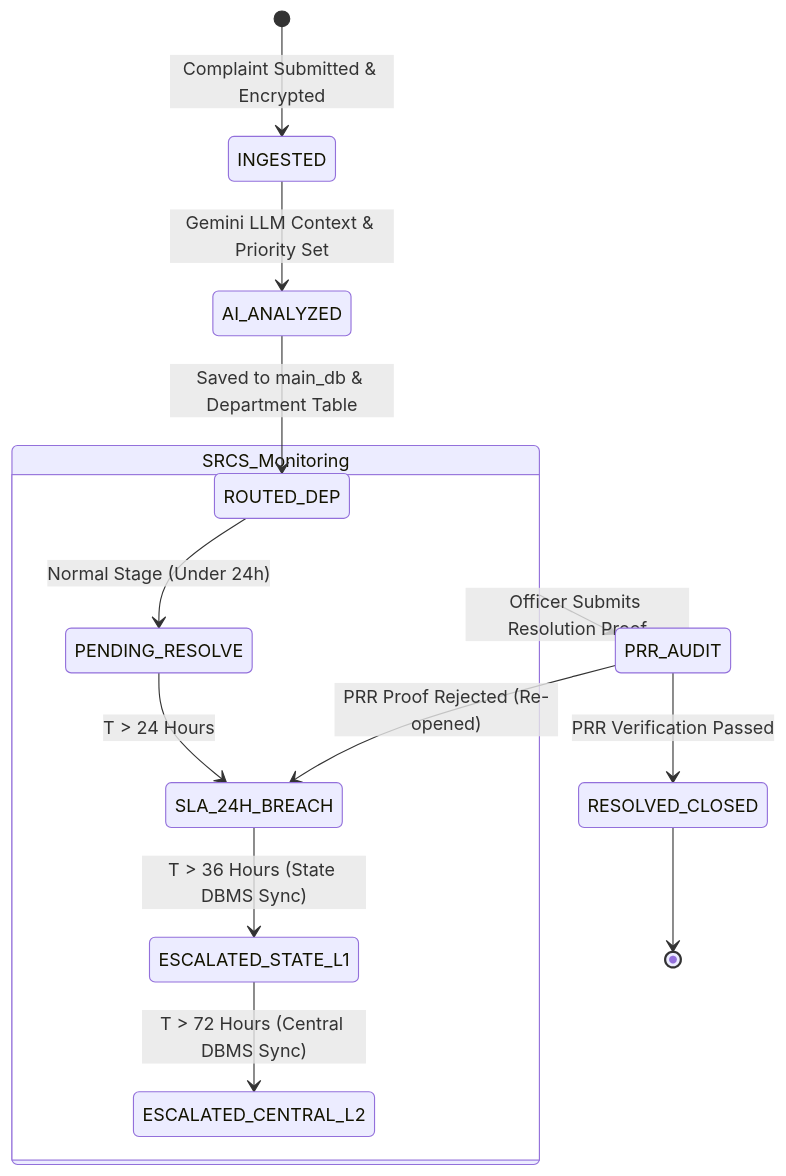
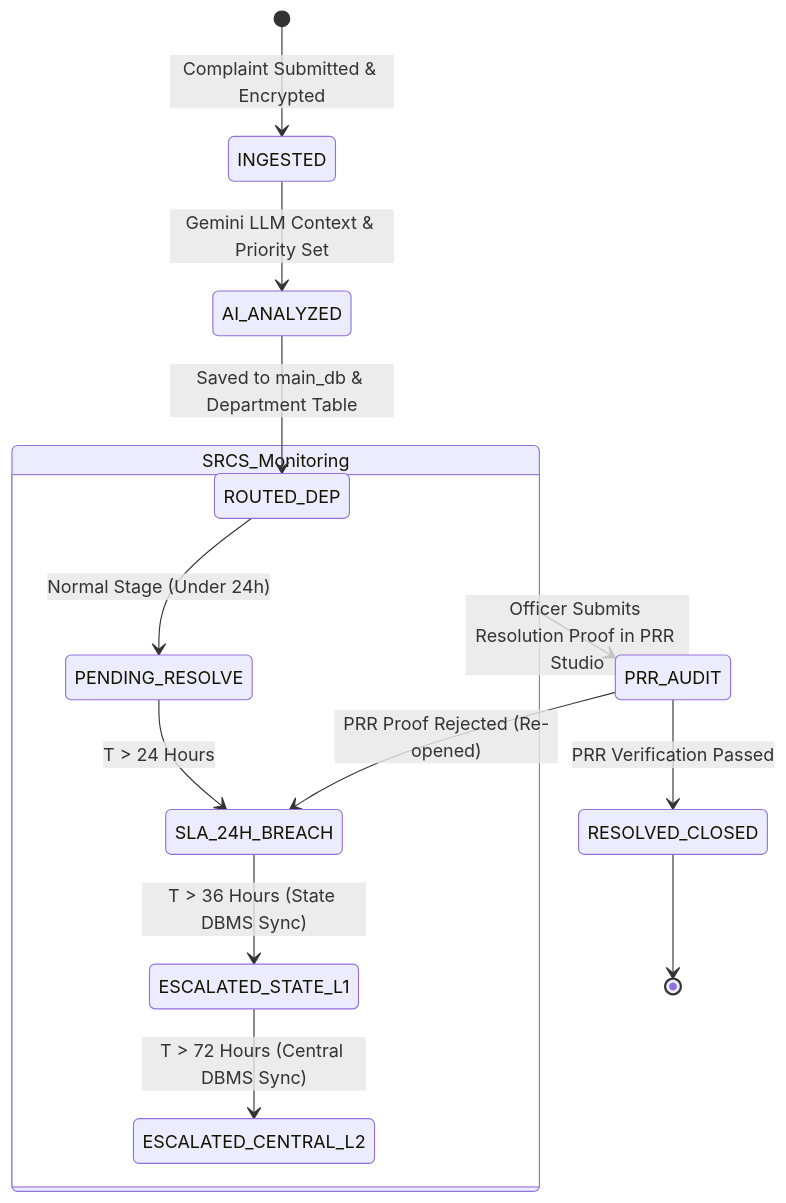
The second of 2 diagrams in docs/Memory.md (CSMU-CodeSync/SIH_02-), drawn with Mermaid before and after one commit. The commit also changed other lines of this file and 10 other files, not shown here.

Commit message:
docs: integrate fullstack frontend planning and master architecture across all documentation files

````diff
--- a/docs/Memory.md
+++ b/docs/Memory.md
@@ -78,19 +114,19 @@
 ```mermaid
 stateDiagram-v2
     [*] --> INGESTED: Complaint Submitted & Encrypted
     INGESTED --> AI_ANALYZED: Gemini LLM Context & Priority Set
     AI_ANALYZED --> ROUTED_DEP: Saved to main_db & Department Table
     
     state SRCS_Monitoring {
         ROUTED_DEP --> PENDING_RESOLVE: Normal Stage (Under 24h)
         PENDING_RESOLVE --> SLA_24H_BREACH: T > 24 Hours
         SLA_24H_BREACH --> ESCALATED_STATE_L1: T > 36 Hours (State DBMS Sync)
         ESCALATED_STATE_L1 --> ESCALATED_CENTRAL_L2: T > 72 Hours (Central DBMS Sync)
     }
 
-    SRCS_Monitoring --> PRR_AUDIT: Officer Submits Resolution Proof
+    SRCS_Monitoring --> PRR_AUDIT: Officer Submits Resolution Proof in PRR Studio
     PRR_AUDIT --> RESOLVED_CLOSED: PRR Verification Passed
     PRR_AUDIT --> SLA_24H_BREACH: PRR Proof Rejected (Re-opened)
     
     RESOLVED_CLOSED --> [*]
 ```
````
